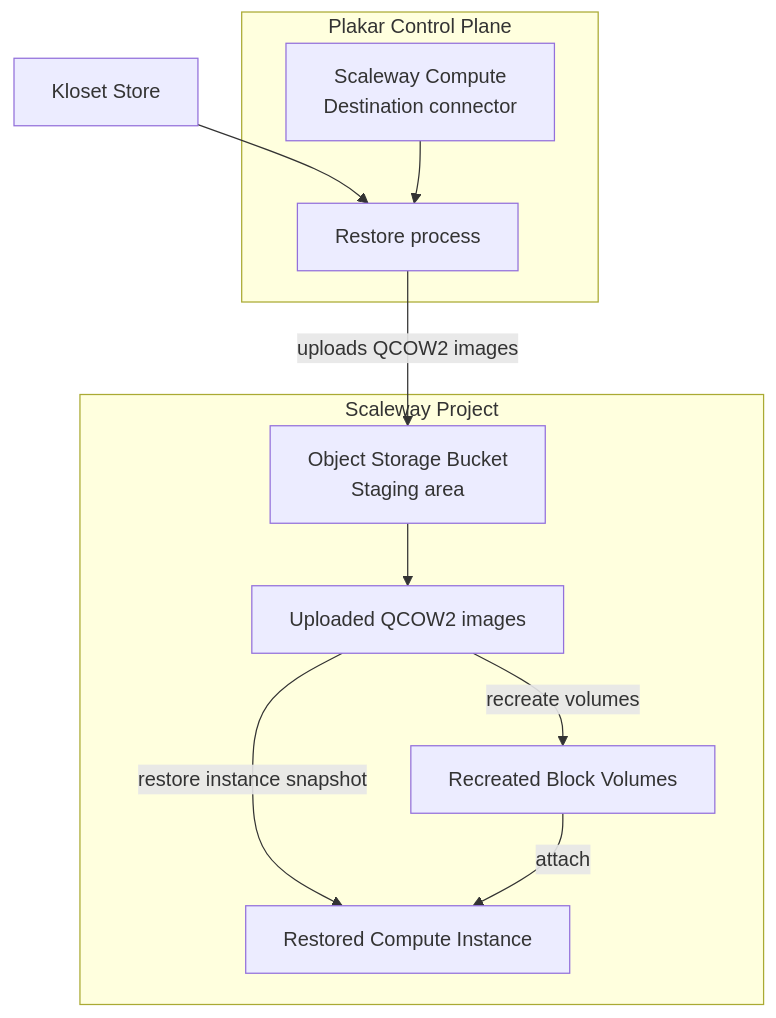
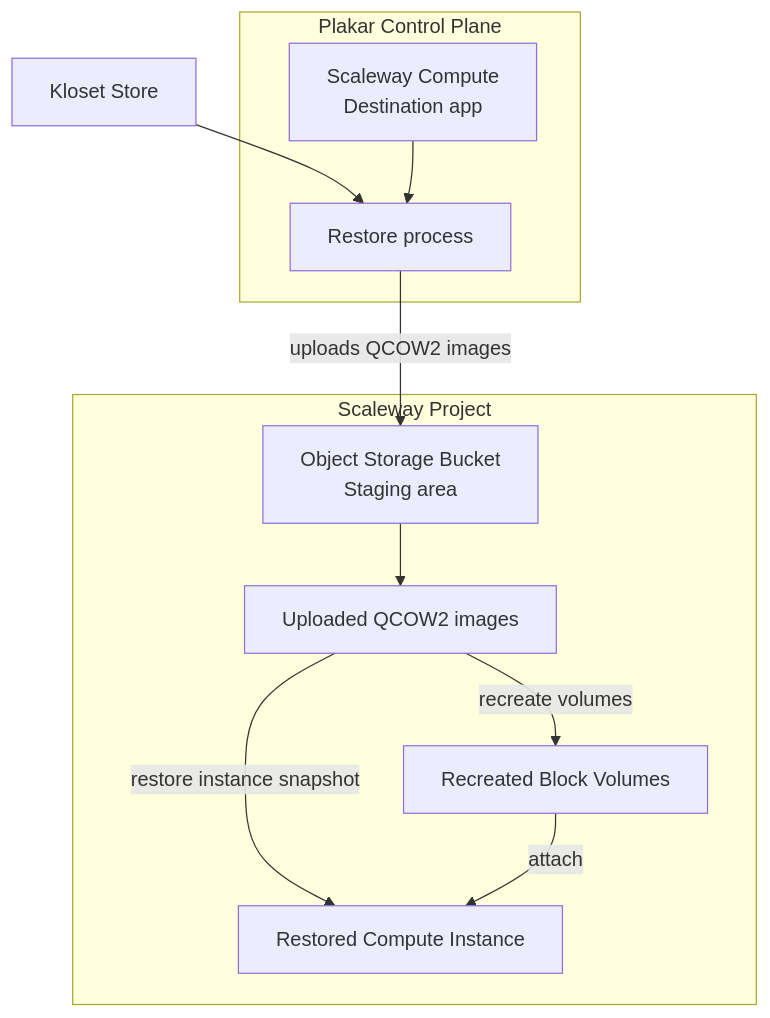
The second of 2 diagrams in content/docs/control-plane/resources/compute/scaleway.md (PlakarKorp/plakar.io), drawn with Mermaid before and after one commit. The commit also changed other lines of this file and 53 other files, not shown here.

```diff
--- a/content/docs/control-plane/resources/compute/scaleway.md
+++ b/content/docs/control-plane/resources/compute/scaleway.md
@@ -59,26 +59,26 @@
 {{< mermaid >}}
 flowchart TD
   Store["Kloset Store"]
 
   subgraph Plakar["Plakar Control Plane"]
-    Destination["Scaleway Compute<br/>Destination connector"]
+    Destination["Scaleway Compute<br/>Destination app"]
     Restore["Restore process"]
   end
 
   subgraph Scaleway["Scaleway Project"]
     Bucket["Object Storage Bucket<br/>Staging area"]
     Images["Uploaded QCOW2 images"]
     Instance["Restored Compute Instance"]
     Volumes["Recreated Block Volumes"]
   end
 
   Store --> Restore
   Destination --> Restore
 
   Restore -->|"uploads QCOW2 images"| Bucket
   Bucket --> Images
 
   Images -->|"restore instance snapshot"| Instance
   Images -->|"recreate volumes"| Volumes
   Volumes -->|"attach"| Instance
 {{< /mermaid >}}
```
